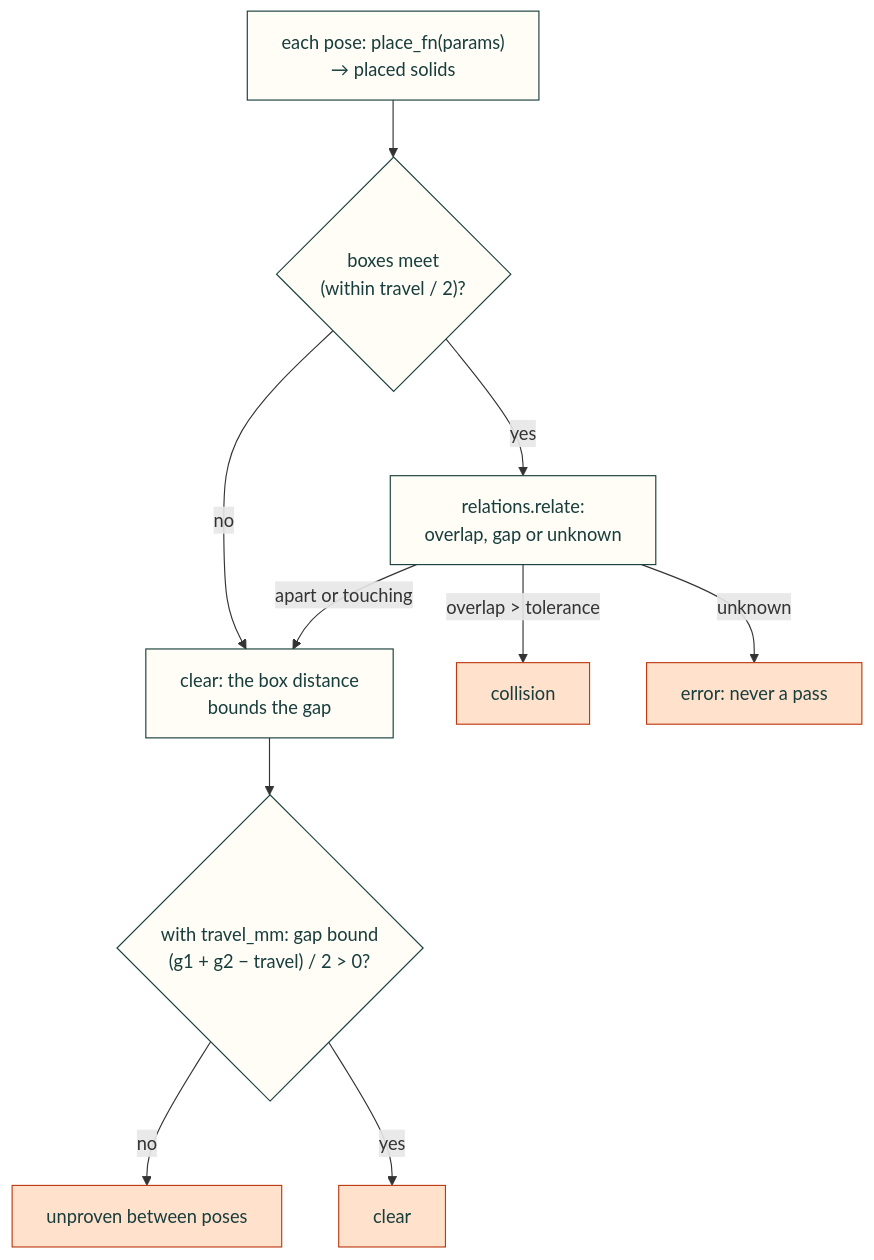
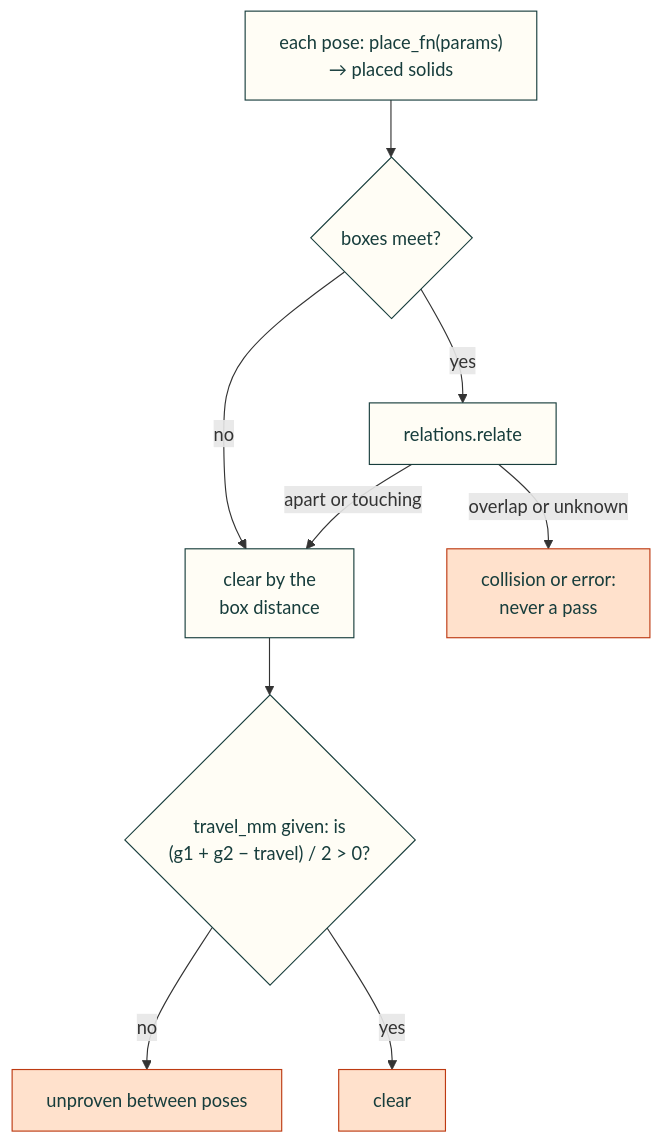
One commit to Valpatel/cad-agent changed the fifth of 7 diagrams in docs/toolkit.md. Above: the diagram before and after it, drawn with Mermaid.

Commit message:
docs/toolkit.md: the clearance diagram fits the column (#251)
At 1100 px it was 776 px wide in a 658 px column: the two failure outcomes are one box now, and the labels shorter.

````diff
--- a/docs/toolkit.md
+++ b/docs/toolkit.md
@@ -486,16 +486,15 @@
 ```mermaid
 flowchart TD
-    P["each pose: place_fn(params)<br/>→ placed solids"] --> B{"boxes meet<br/>(within travel / 2)?"}
-    B -->|"no"| G["clear: the box distance<br/>bounds the gap"]
-    B -->|"yes"| R["relations.relate:<br/>overlap, gap or unknown"]
-    R -->|"overlap > tolerance"| H["collision"]
-    R -->|"unknown"| E["error: never a pass"]
+    P["each pose: place_fn(params)<br/>→ placed solids"] --> B{"boxes meet?"}
+    B -->|"no"| G["clear by the<br/>box distance"]
+    B -->|"yes"| R["relations.relate"]
     R -->|"apart or touching"| G
-    G --> T{"with travel_mm: gap bound<br/>(g1 + g2 − travel) / 2 > 0?"}
+    R -->|"overlap or unknown"| H["collision or error:<br/>never a pass"]
+    G --> T{"travel_mm given: is<br/>(g1 + g2 − travel) / 2 > 0?"}
     T -->|"no"| U["unproven between poses"]
     T -->|"yes"| OK["clear"]
     classDef here fill:#fffdf5,stroke:#173d3c,color:#173d3c
     classDef out fill:#ffe1cc,stroke:#bd3a12,color:#173d3c
     class P,B,R,G,T here
-    class H,E,U,OK out
+    class H,U,OK out
 ```
````
